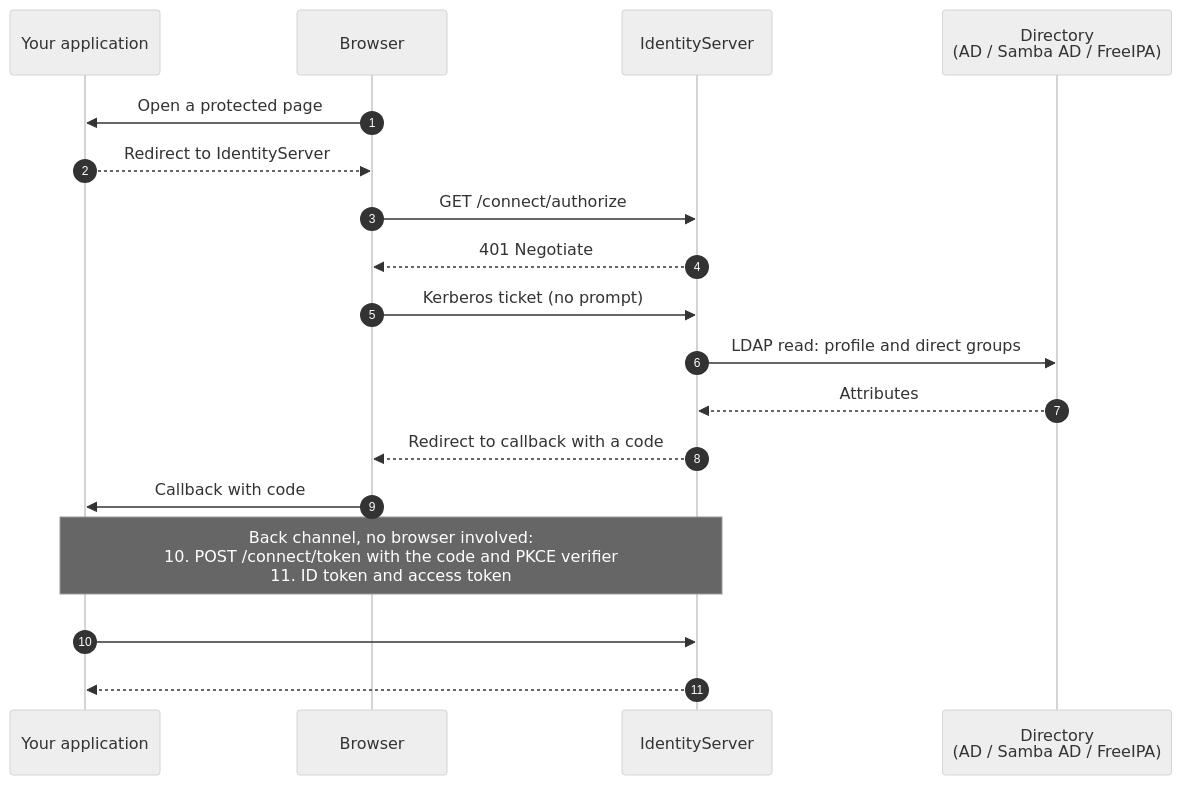
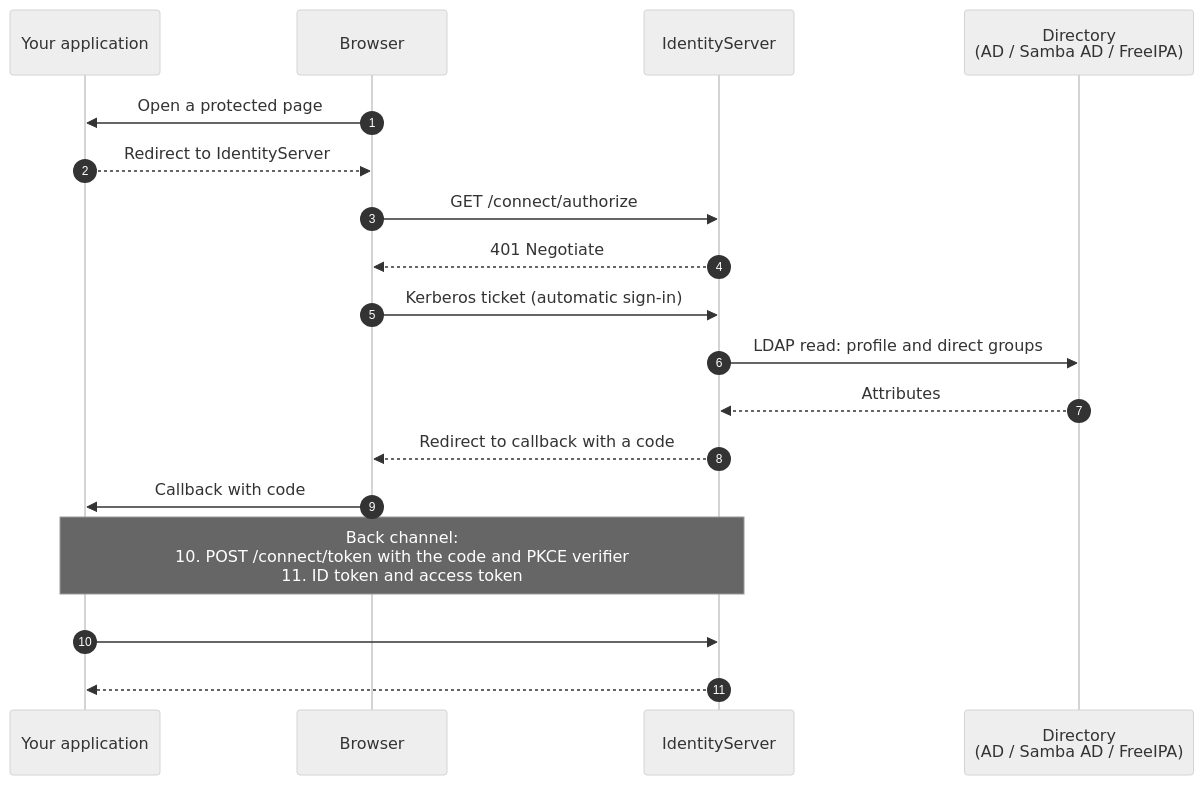
The diagram in README.md (auroris/IdentityServer), drawn with Mermaid (neutral theme) before and after one commit. The commit also changed other lines of this file and 10 other files, not shown here.

````diff
--- a/README.md
+++ b/README.md
@@ -16,20 +16,20 @@
 ```mermaid
 sequenceDiagram
     autonumber
     participant App as Your application
     participant Browser
     participant IdS as IdentityServer
     participant Dir as Directory<br>(AD / Samba AD / FreeIPA)
     Browser->>App: Open a protected page
     App-->>Browser: Redirect to IdentityServer
     Browser->>IdS: GET /connect/authorize
     IdS-->>Browser: 401 Negotiate
-    Browser->>IdS: Kerberos ticket (no prompt)
+    Browser->>IdS: Kerberos ticket (automatic sign-in)
     IdS->>Dir: LDAP read: profile and direct groups
     Dir-->>IdS: Attributes
     IdS-->>Browser: Redirect to callback with a code
     Browser->>App: Callback with code
-    Note over App,IdS: Back channel, no browser involved:<br>10. POST /connect/token with the code and PKCE verifier<br>11. ID token and access token
+    Note over App,IdS: Back channel:<br>10. POST /connect/token with the code and PKCE verifier<br>11. ID token and access token
     App->>IdS: #8203;
     IdS-->>App: #8203;
 ```
````
